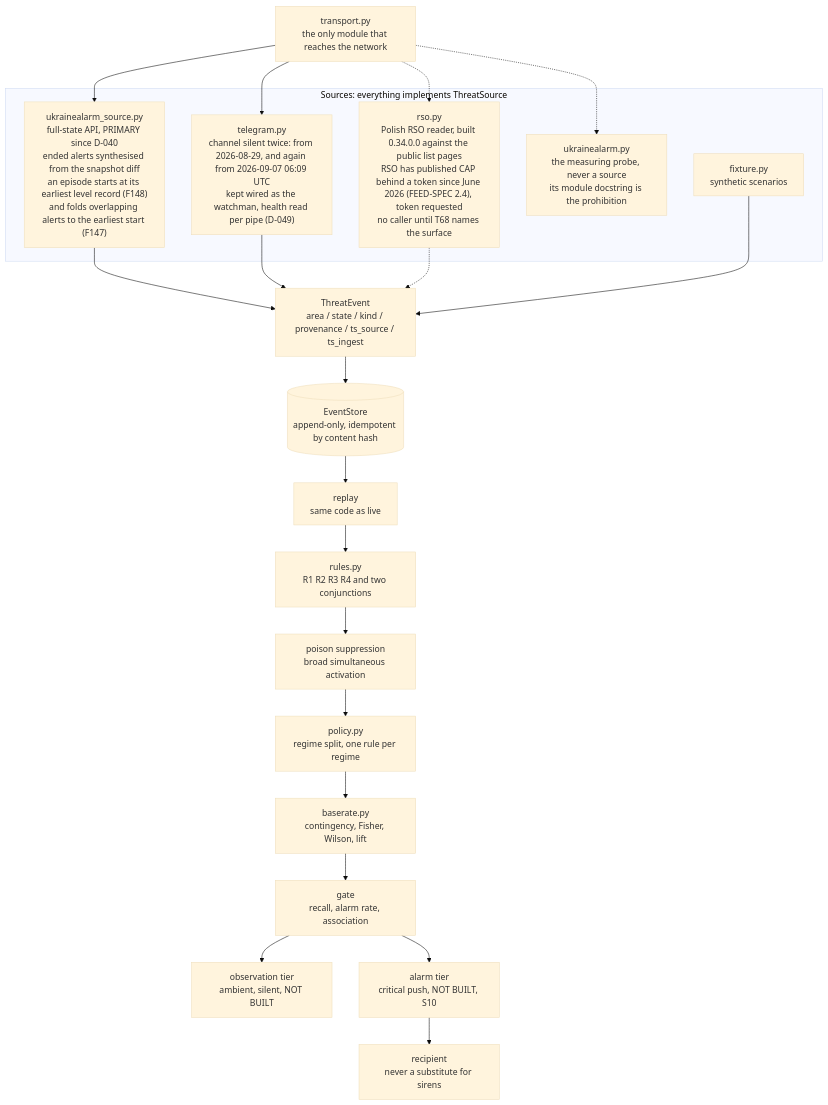
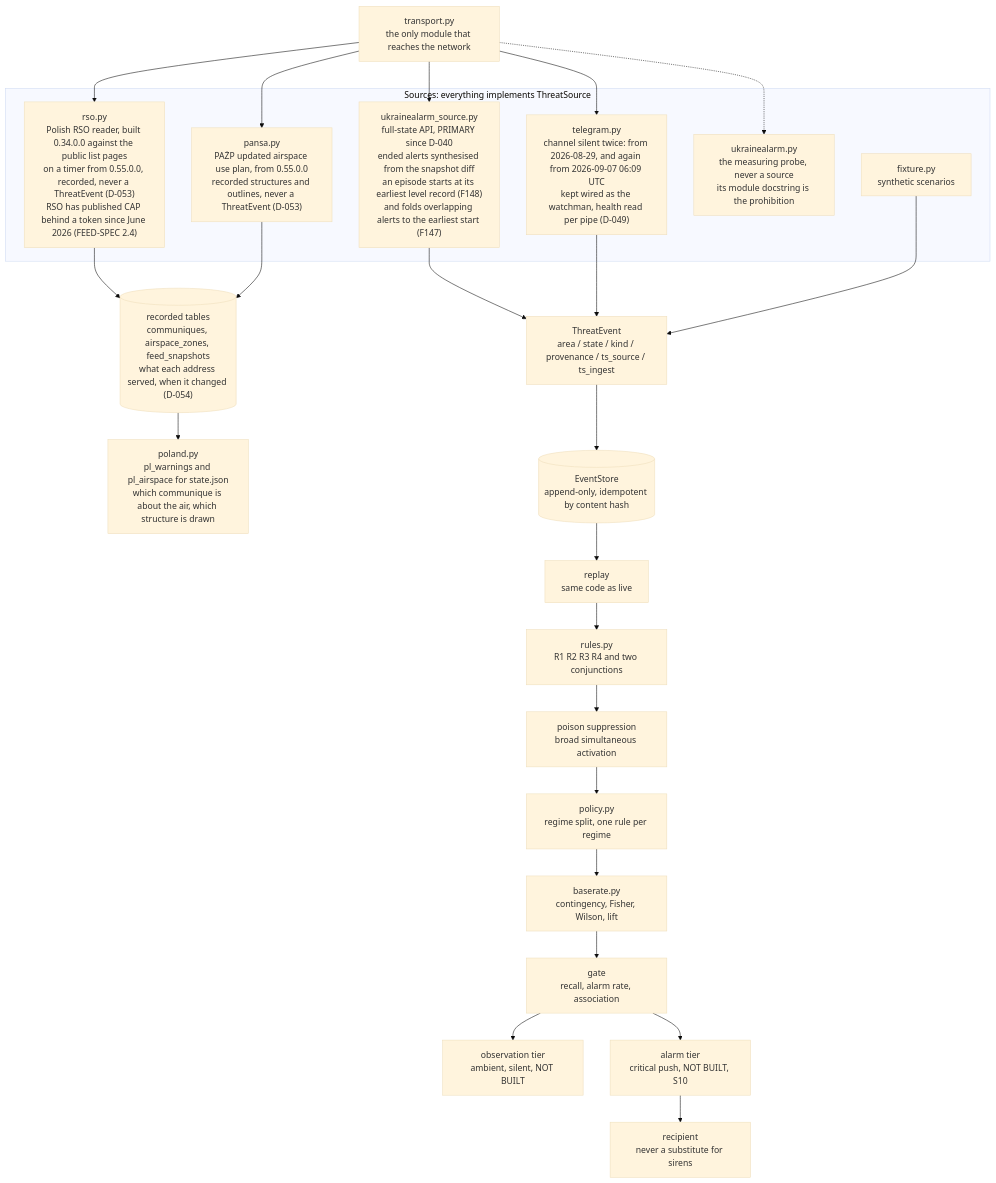
Before and after one commit to jerzy99jerzy/air-alert-early-warning: the diagram in docs/ARCHITECTURE.md, drawn with Mermaid (base theme). The commit also changed other lines of this file and 28 other files, not shown here.

````diff
--- a/docs/ARCHITECTURE.md
+++ b/docs/ARCHITECTURE.md
@@ -32,31 +32,36 @@
 ```mermaid
 flowchart TD
     NET["transport.py<br/>the only module that reaches the network"]
     subgraph IN["Sources: everything implements ThreatSource"]
         UASRC["ukrainealarm_source.py<br/>full-state API, PRIMARY since D-040<br/>ended alerts synthesised from the snapshot diff<br/>an episode starts at its earliest level record (F148)<br/>and folds overlapping alerts to the earliest start (F147)"]
         TG["telegram.py<br/>channel silent twice: from 2026-08-29, and again from 2026-09-07 06:09 UTC<br/>kept wired as the watchman, health read per pipe (D-049)"]
-        RSO["rso.py<br/>Polish RSO reader, built 0.34.0.0 against the public list pages<br/>RSO has published CAP behind a token since June 2026 (FEED-SPEC 2.4), token requested<br/>no caller until T68 names the surface"]
+        RSO["rso.py<br/>Polish RSO reader, built 0.34.0.0 against the public list pages<br/>on a timer from 0.55.0.0, recorded, never a ThreatEvent (D-053)<br/>RSO has published CAP behind a token since June 2026 (FEED-SPEC 2.4)"]
+        PANSA["pansa.py<br/>PAŻP updated airspace use plan, from 0.55.0.0<br/>recorded structures and outlines, never a ThreatEvent (D-053)"]
         OFF["ukrainealarm.py<br/>the measuring probe, never a source<br/>its module docstring is the prohibition"]
         FIX["fixture.py<br/>synthetic scenarios"]
     end
     NET --> UASRC
     NET --> TG
-    NET -.-> RSO
+    NET --> RSO
+    NET --> PANSA
     NET -.-> OFF
     UASRC --> EV
     TG --> EV
-    RSO -.-> EV
+    RSO --> PLSTORE
+    PANSA --> PLSTORE
+    PLSTORE[("recorded tables<br/>communiques, airspace_zones, feed_snapshots<br/>what each address served, when it changed (D-054)")]
+    PLSTORE --> POLAND["poland.py<br/>pl_warnings and pl_airspace for state.json<br/>which communique is about the air, which structure is drawn"]
     FIX --> EV
 
     EV["ThreatEvent<br/>area / state / kind / provenance / ts_source / ts_ingest"]
     EV --> STORE[("EventStore<br/>append-only, idempotent by content hash")]
     STORE --> REPLAY["replay<br/>same code as live"]
     REPLAY --> RULES["rules.py<br/>R1 R2 R3 R4 and two conjunctions"]
     RULES --> SUPPRESS["poison suppression<br/>broad simultaneous activation"]
     SUPPRESS --> POLICY["policy.py<br/>regime split, one rule per regime"]
     POLICY --> BASE["baserate.py<br/>contingency, Fisher, Wilson, lift"]
     BASE --> GATE["gate<br/>recall, alarm rate, association"]
     GATE --> OBS["observation tier<br/>ambient, silent, NOT BUILT"]
     GATE --> ALARM["alarm tier<br/>critical push, NOT BUILT, S10"]
     ALARM --> HUMAN["recipient<br/>never a substitute for sirens"]
 ```
````
